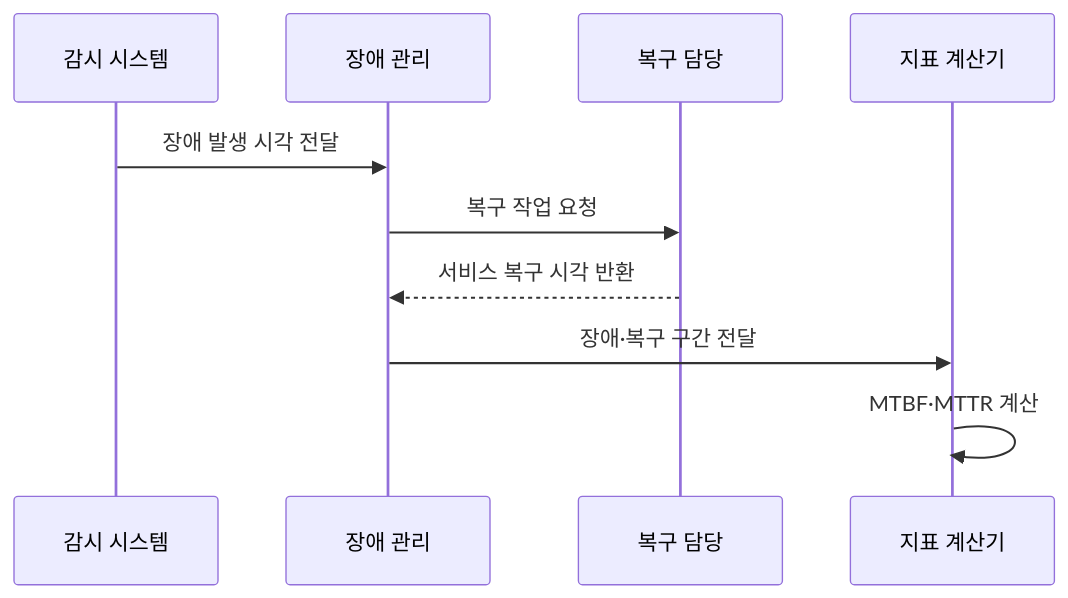
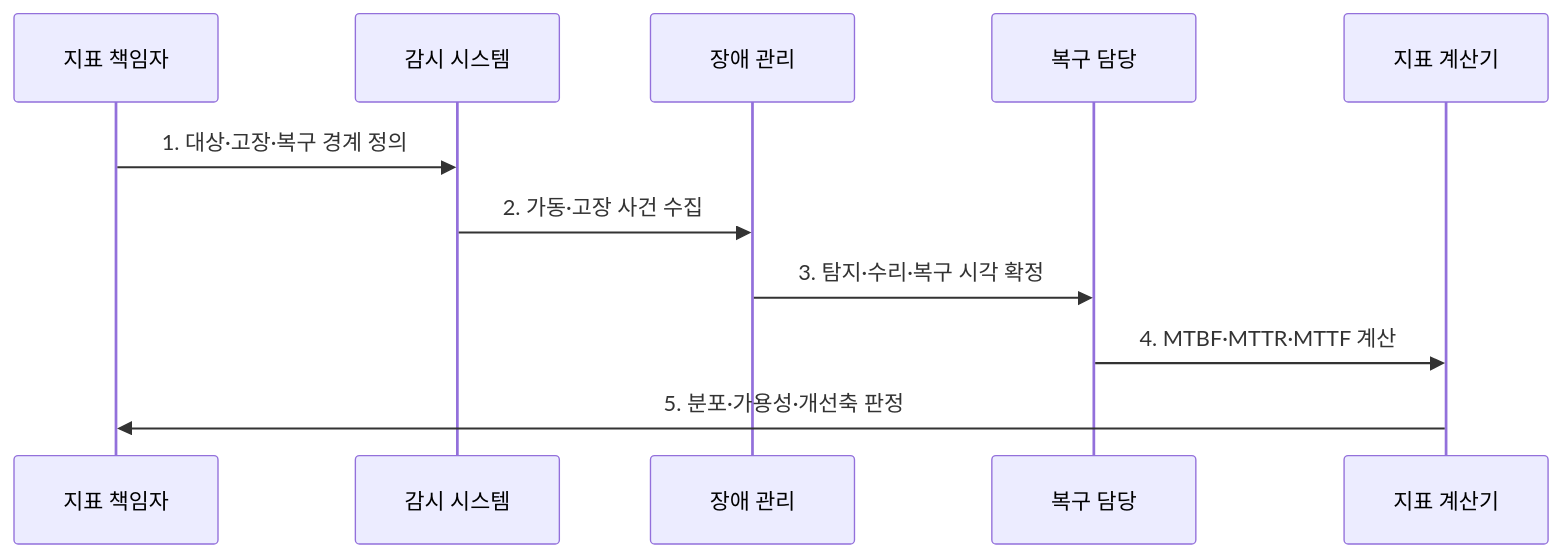
One commit to agnusdei1207/knowledge-base changed the second of 2 diagrams in src/content/docs/notes/06-evaluation/012_reliability_metrics_mtbf_mttr.md. Above: the diagram before and after it, drawn with Mermaid. The commit also changed other lines of this file and 6 other files, not shown here.

````diff
--- a/src/content/docs/notes/06-evaluation/012_reliability_metrics_mtbf_mttr.md
+++ b/src/content/docs/notes/06-evaluation/012_reliability_metrics_mtbf_mttr.md
@@ -74,12 +74,13 @@
 ```mermaid
 sequenceDiagram
-    participant M as 감시 시스템
-    participant I as 장애 관리
-    participant R as 복구 담당
-    participant C as 지표 계산기
-    M->>I: 장애 발생 시각 전달
-    I->>R: 복구 작업 요청
-    R-->>I: 서비스 복구 시각 반환
-    I->>C: 장애·복구 구간 전달
-    C->>C: MTBF·MTTR 계산
+  participant O as 지표 책임자
+  participant M as 감시 시스템
+  participant I as 장애 관리
+  participant R as 복구 담당
+  participant C as 지표 계산기
+  O->>M: 1. 대상·고장·복구 경계 정의
+  M->>I: 2. 가동·고장 사건 수집
+  I->>R: 3. 탐지·수리·복구 시각 확정
+  R->>C: 4. MTBF·MTTR·MTTF 계산
+  C->>O: 5. 분포·가용성·개선축 판정
 ```
````
